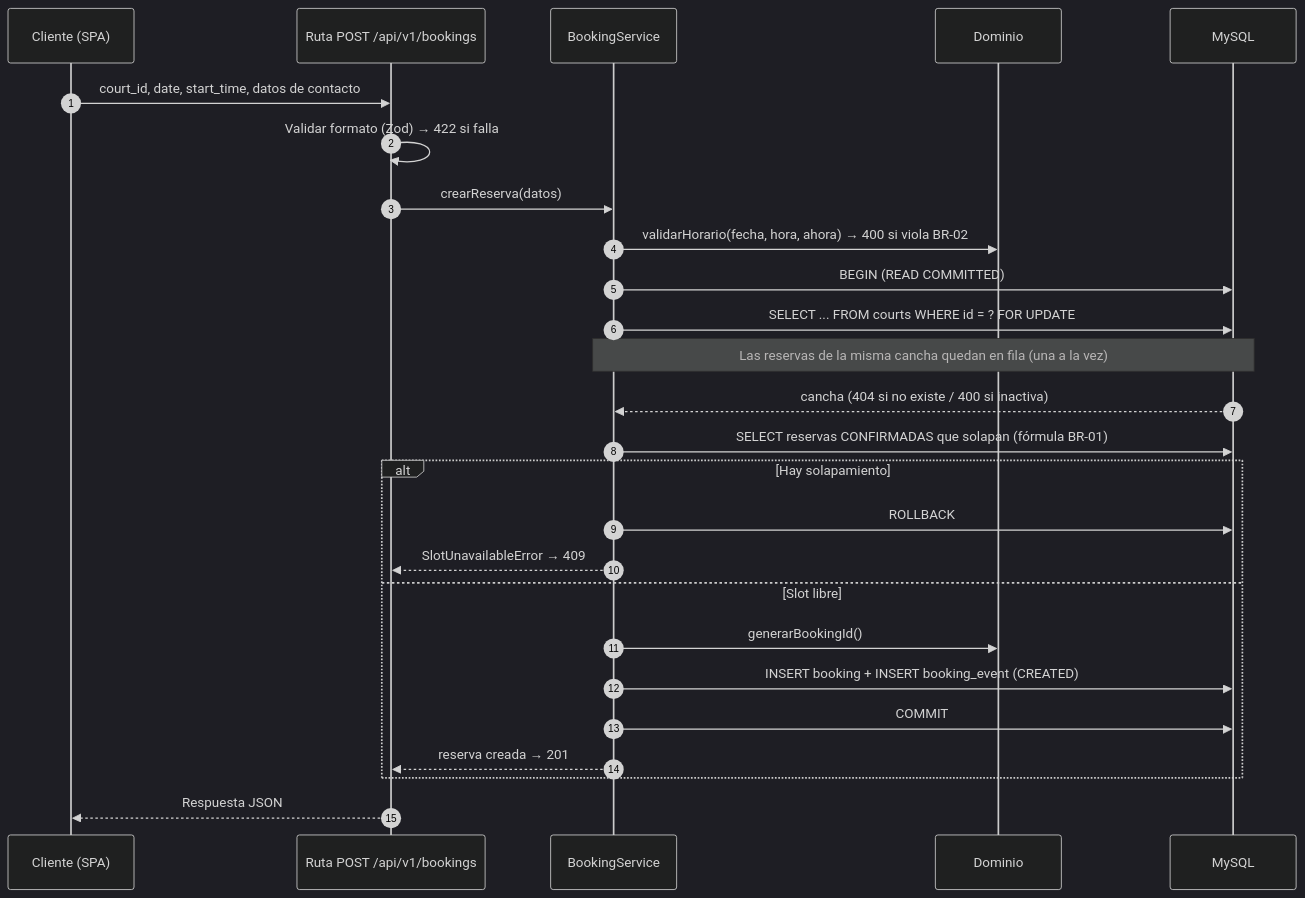
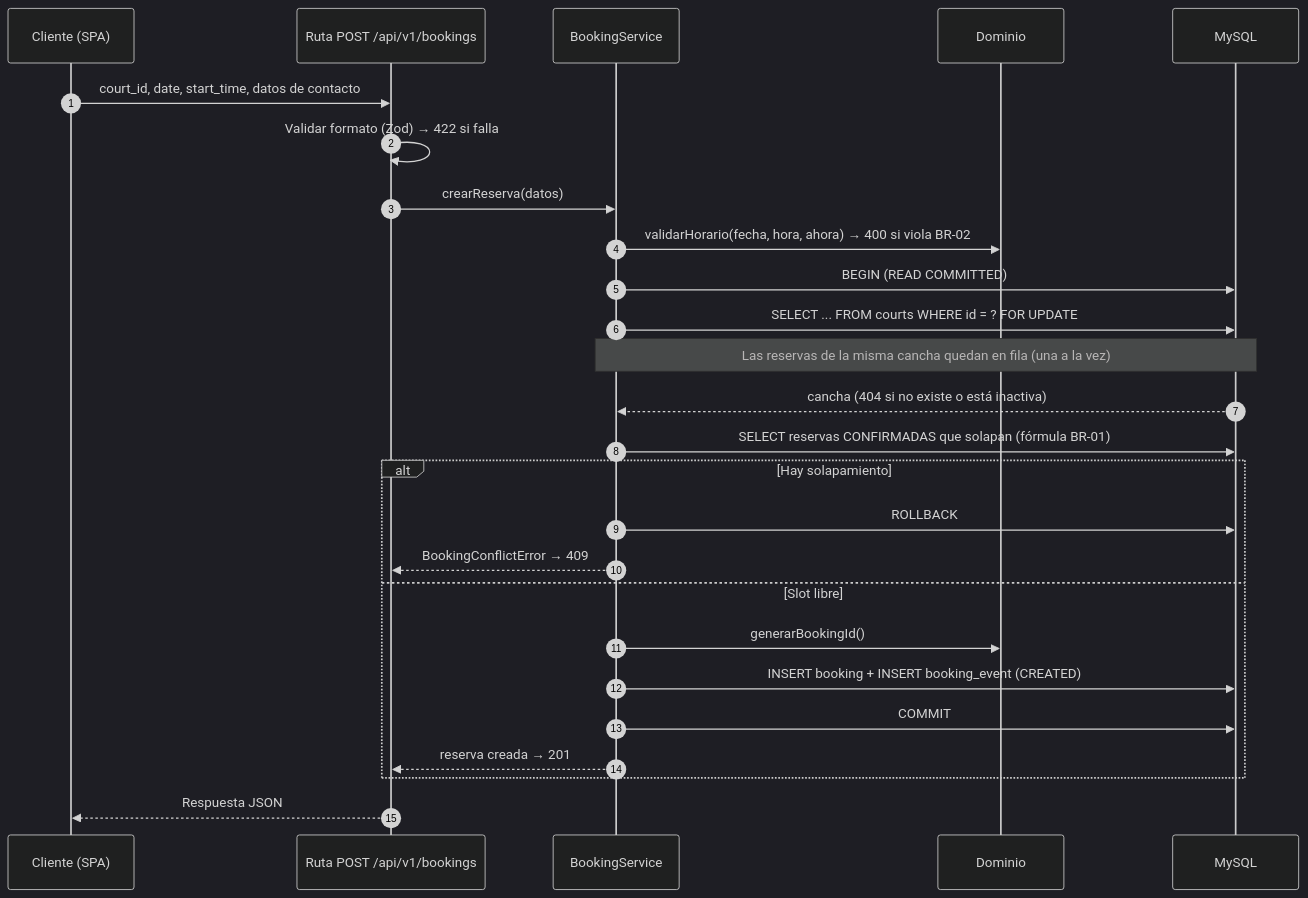
One commit to Shiro2550/canchaya-reservas-proyecto2 changed the second of 2 diagrams in specs/architecture.md. Above: the diagram before and after it, drawn with Mermaid (dark theme). The commit also changed other lines of this file and 5 other files, not shown here.

First line of the commit message:
feat(arch): complete data model and align architecture and API contract (#21)

````diff
--- a/specs/architecture.md
+++ b/specs/architecture.md
@@ -135,29 +135,29 @@
 ```mermaid
 sequenceDiagram
     autonumber
     participant C as Cliente (SPA)
     participant API as Ruta POST /api/v1/bookings
     participant SV as BookingService
     participant DOM as Dominio
     participant DB as MySQL
 
     C->>API: court_id, date, start_time, datos de contacto
     API->>API: Validar formato (Zod) → 422 si falla
     API->>SV: crearReserva(datos)
     SV->>DOM: validarHorario(fecha, hora, ahora) → 400 si viola BR-02
     SV->>DB: BEGIN (READ COMMITTED)
     SV->>DB: SELECT ... FROM courts WHERE id = ? FOR UPDATE
     Note over SV,DB: Las reservas de la misma cancha quedan en fila (una a la vez)
-    DB-->>SV: cancha (404 si no existe / 400 si inactiva)
+    DB-->>SV: cancha (404 si no existe o está inactiva)
     SV->>DB: SELECT reservas CONFIRMADAS que solapan (fórmula BR-01)
     alt Hay solapamiento
         SV->>DB: ROLLBACK
-        SV-->>API: SlotUnavailableError → 409
+        SV-->>API: BookingConflictError → 409
     else Slot libre
         SV->>DOM: generarBookingId()
         SV->>DB: INSERT booking + INSERT booking_event (CREATED)
         SV->>DB: COMMIT
         SV-->>API: reserva creada → 201
     end
     API-->>C: Respuesta JSON
 ```
````
